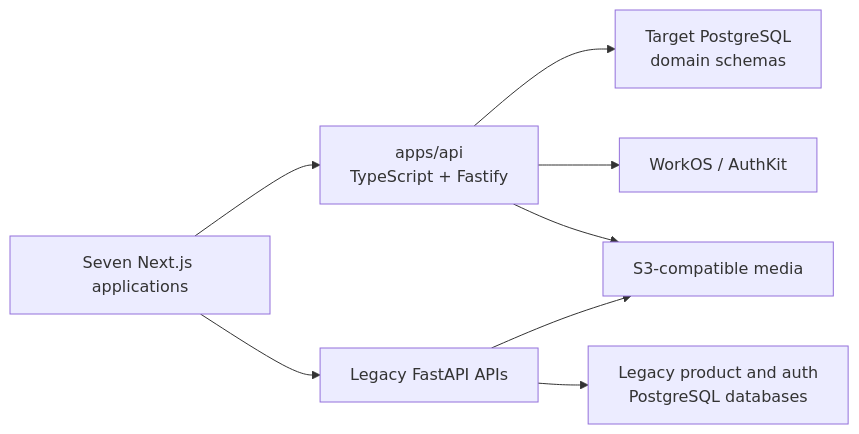
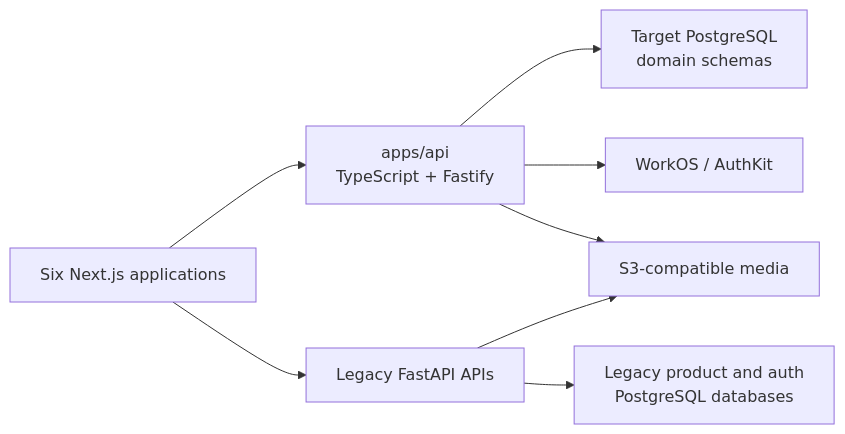
Before and after one commit to FlamurMaliqi/vayada: the diagram in README.md, drawn with Mermaid. The commit also changed other lines of this file and 65 other files, not shown here.

````diff
--- a/README.md
+++ b/README.md
@@ -21,10 +21,10 @@
 ```mermaid
 flowchart LR
-  WEB["Seven Next.js applications"] --> API["apps/api<br/>TypeScript + Fastify"]
+  WEB["Six Next.js applications"] --> API["apps/api<br/>TypeScript + Fastify"]
   WEB --> LEGACY["Legacy FastAPI APIs"]
   API --> TARGET["Target PostgreSQL<br/>domain schemas"]
   LEGACY --> DBS["Legacy product and auth<br/>PostgreSQL databases"]
   API --> WORKOS["WorkOS / AuthKit"]
   API --> MEDIA["S3-compatible media"]
   LEGACY --> MEDIA
 ```
````
